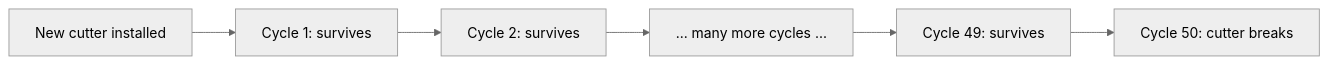
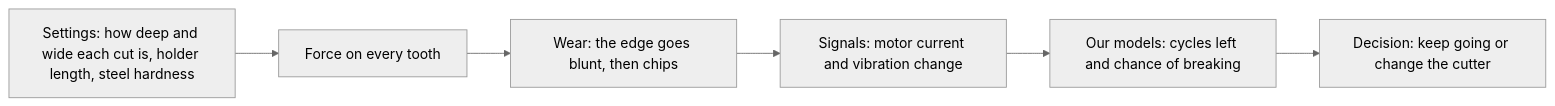
One commit to Aadityakshatriya/AI-in-manufacturing changed the first of 3 diagrams in PROJECT_EXPLAINED.md. Above: the diagram before and after it, drawn with Mermaid (neutral theme). The commit also changed other lines of this file and 6 other files, not shown here.

````diff
--- a/PROJECT_EXPLAINED.md
+++ b/PROJECT_EXPLAINED.md
@@ -67,8 +13,8 @@
 ```mermaid
 flowchart LR
-    A[New cutter installed] --> B[Cycle 1: survives]
-    B --> C[Cycle 2: survives]
-    C --> D[... many more cycles ...]
-    D --> E[Cycle 49: survives]
-    E --> F[Cycle 50: cutter breaks]
+    A[Settings: how deep and wide each cut is, holder length, steel hardness] --> B[Force on every tooth]
+    B --> C[Wear: the edge goes blunt, then chips]
+    C --> D[Signals: motor current and vibration change]
+    D --> E[Our models: cycles left and chance of breaking]
+    E --> F[Decision: keep going or change the cutter]
 ```
````
